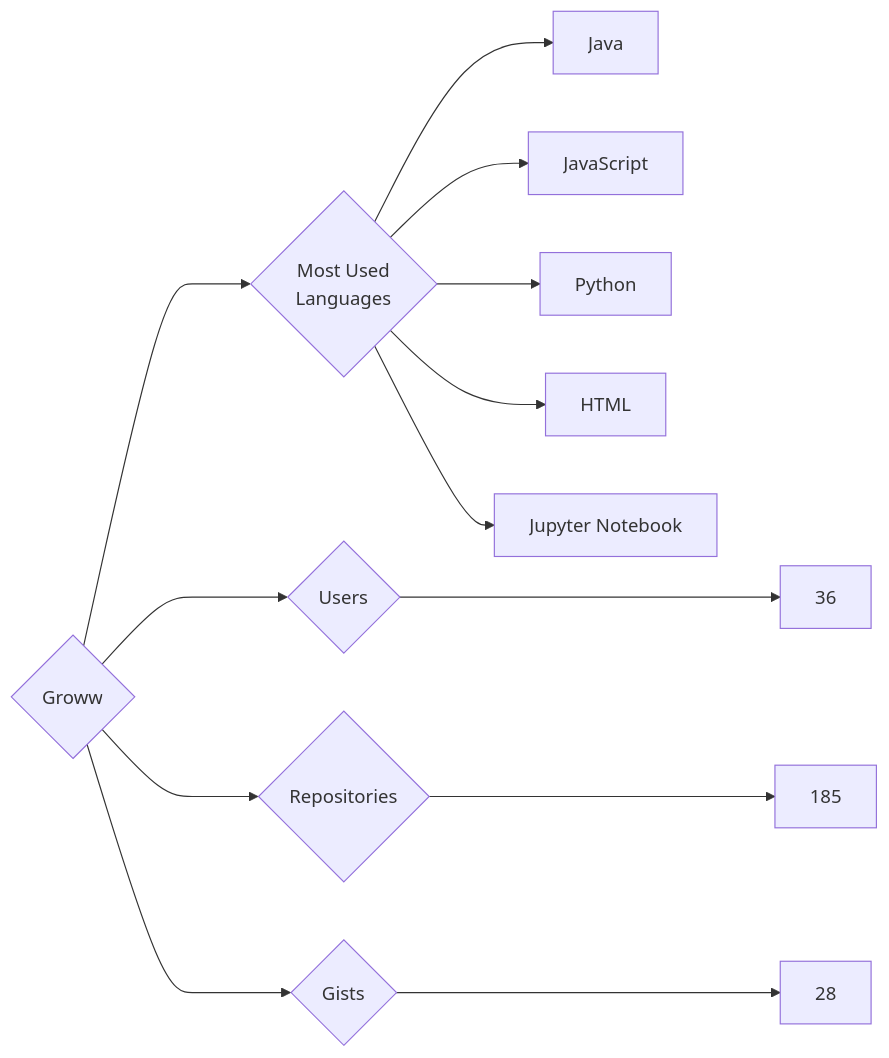
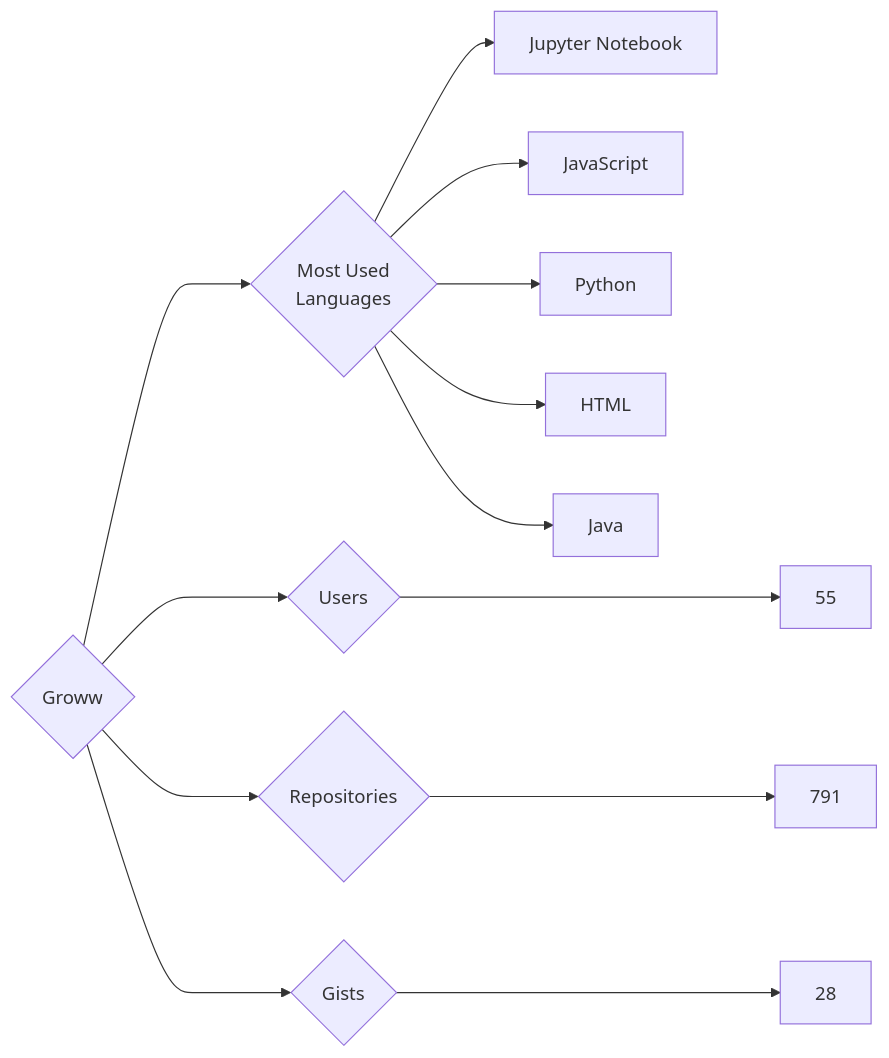
One commit to trickest/insiders changed the diagram in targets/Groww/README.md. Above: the diagram before and after it, drawn with Mermaid. The commit also changed 874 other files, not shown here.

````diff
--- a/targets/Groww/README.md
+++ b/targets/Groww/README.md
@@ -3,13 +3,13 @@
 ```mermaid
 graph LR
 COMPANY_NAME{Groww}
-COMPANY_NAME ---> U{Users} ---> UN[36]
-COMPANY_NAME ---> R{Repositories} ---> RN[185]
+COMPANY_NAME ---> U{Users} ---> UN[55]
+COMPANY_NAME ---> R{Repositories} ---> RN[791]
 COMPANY_NAME ---> G{Gists} ---> GN[28]
 COMPANY_NAME ---> ML{Most Used<br>Languages}
-ML --> Java[Java]
+ML --> Jupyter_Notebook[Jupyter Notebook]
 ML --> JavaScript[JavaScript]
 ML --> Python[Python]
 ML --> HTML[HTML]
-ML --> Jupyter_Notebook[Jupyter Notebook]
+ML --> Java[Java]
 ```
````
